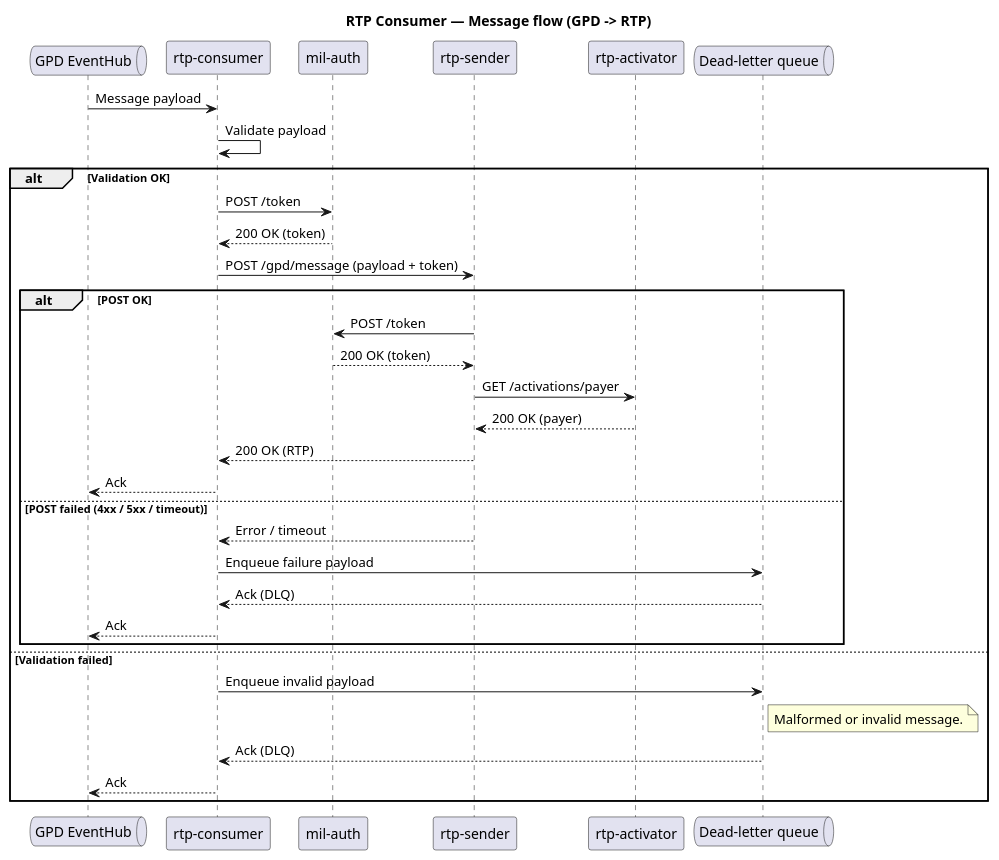
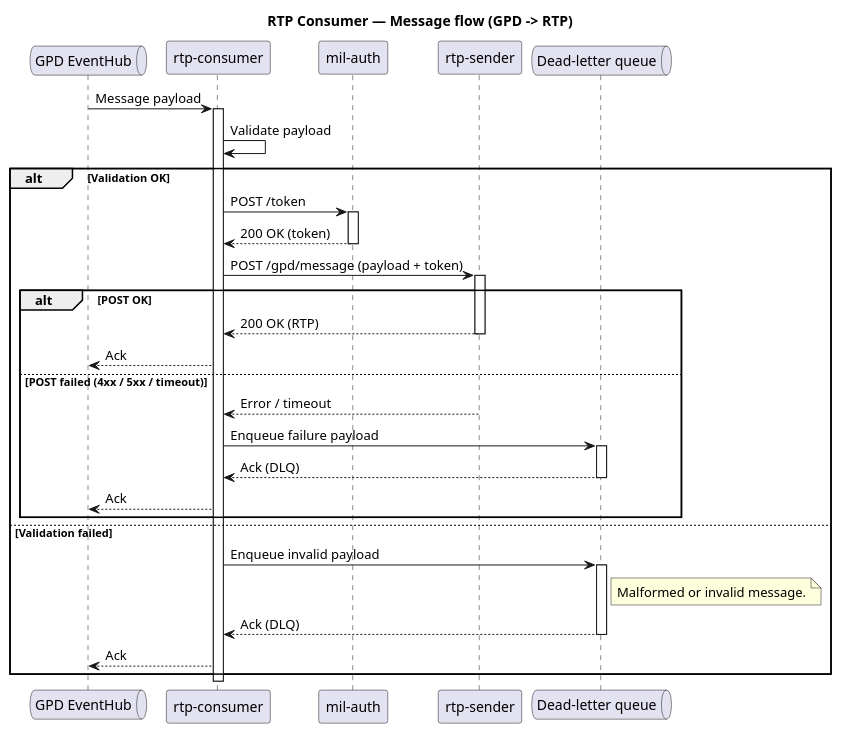
One commit to pagopa/rtp-docs changed the diagram in diagrams/rtp-consumer-flow.puml. Above: the diagram before and after it, drawn with PlantUML. The commit also changed 1 other file, not shown here.

Commit message:
fix: [SRTP-1225] fix diagram

```diff
--- a/diagrams/rtp-consumer-flow.puml
+++ b/diagrams/rtp-consumer-flow.puml
@@ -1,48 +1,54 @@
 @startuml
 title RTP Consumer — Message flow (GPD -> RTP)
 
 queue "GPD EventHub" as EH
 participant "rtp-consumer" as C
 participant "mil-auth" as MA
 participant "rtp-sender" as S
-participant "rtp-activator" as A
 queue "Dead-letter queue" as DLQ
 
 EH -> C : Message payload
+activate C
+
 C -> C : Validate payload
 
 alt Validation OK
   C -> MA : POST /token
+  activate MA
   MA --> C : 200 OK (token)
+  deactivate MA
 
   C -> S : POST /gpd/message (payload + token)
+  activate S
 
   alt POST OK
-    S -> MA : POST /token
-    MA --> S : 200 OK (token)
-
-    S -> A : GET /activations/payer
-    A --> S : 200 OK (payer)
-
     S --> C : 200 OK (RTP)
+    deactivate S
     C --> EH : Ack
 
   else POST failed (4xx / 5xx / timeout)
     S --> C : Error / timeout
+    deactivate S
 
     C -> DLQ : Enqueue failure payload
+    activate DLQ
     DLQ --> C : Ack (DLQ)
+    deactivate DLQ
+
     C --> EH : Ack
   end
 
 else Validation failed
   C -> DLQ : Enqueue invalid payload
+  activate DLQ
   note right of DLQ
     Malformed or invalid message.
   end note
   DLQ --> C : Ack (DLQ)
+  deactivate DLQ
+
   C --> EH : Ack
 end
 
 deactivate C
 @enduml
```
